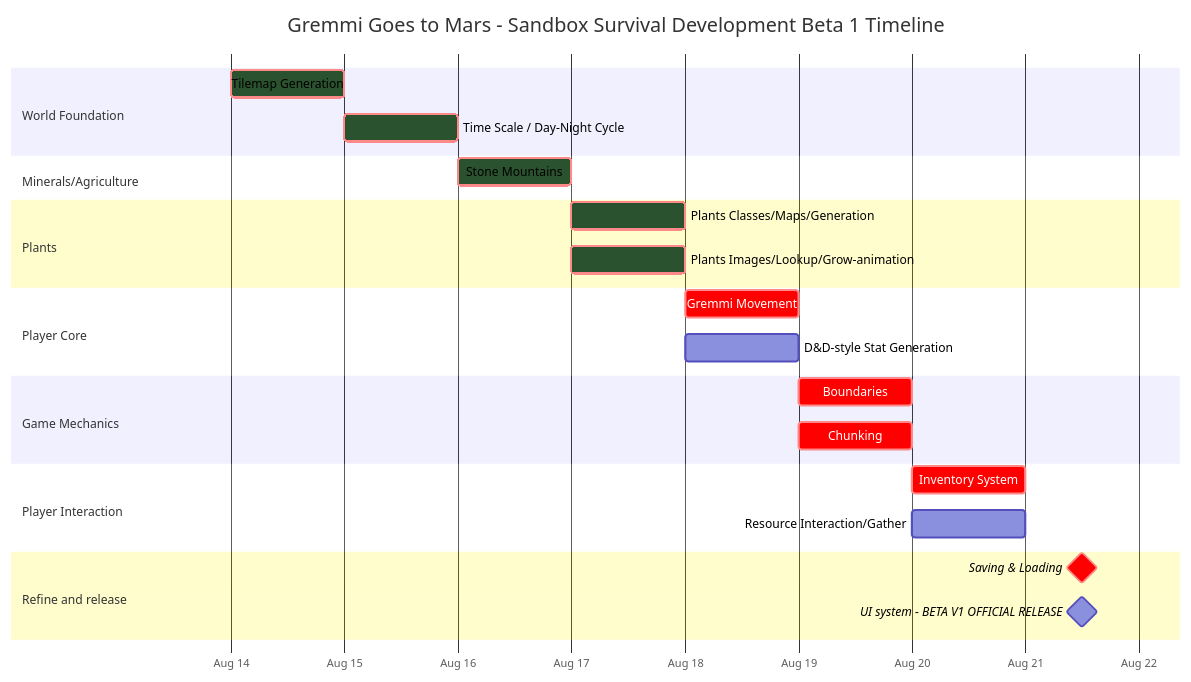
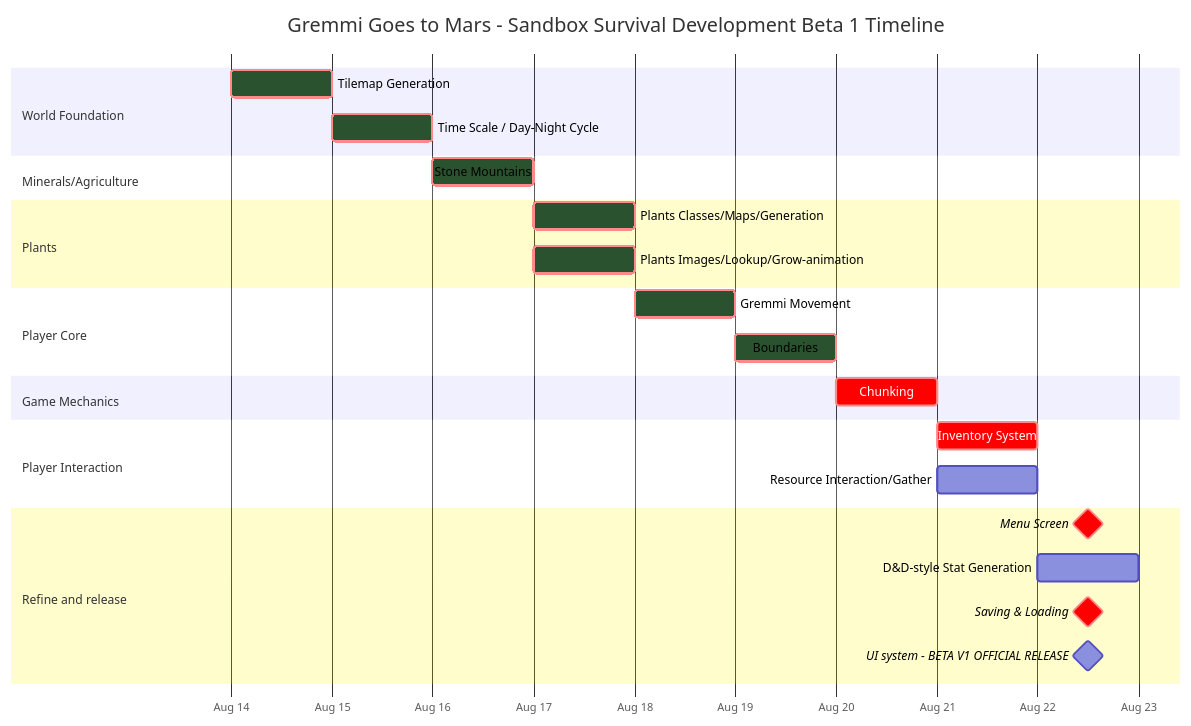
One commit to Jacobchestnut16/GremmiGoesToMars changed the second of 3 diagrams in dist/README.md. Above: the diagram before and after it, drawn with Mermaid. The commit also changed other lines of this file, not shown here.

Commit message:
Minerals/Agriculture: P v1.1

````diff
--- a/dist/README.md
+++ b/dist/README.md
@@ -49,48 +51,49 @@
 ```mermaid
 %%{
     init: {
         'gantt': {
             'leftPadding': 200,
             'barHeight': 25,
             'barGap': 15,
             'topPadding': 60
         },
         'themeVariables': {
             'doneTaskBkgColor': '#2B522EFF'
         }
     }
 }%%
 gantt
     title Gremmi Goes to Mars - Sandbox Survival Development Beta 1 Timeline
     dateFormat  YYYY-MM-DD
     axisFormat  %b %d
     
     
     section World Foundation
     Tilemap Generation                          :crit, done, a1, 2025-08-14, 1d
     Time Scale / Day-Night Cycle                :crit, done, a2, after a1, 1d
     
     section Minerals/Agriculture
     Stone Mountains                             :crit, done, a4, after a2, 1d
     
     section Plants
     Plants Classes/Maps/Generation              :crit, done, a5, after a4, 0.5d
     Plants Images/Lookup/Grow-animation         :crit, done, a6, after a4, 0.5d
    
     
     section Player Core
-    Gremmi Movement                 :crit, b1, after a5, 0.5d
-    D&D-style Stat Generation       :b2, after a5, 0.5d
+    Gremmi Movement                 :crit, done, b1, after a5, 0.5d
+    Boundaries                      :crit, done,  c4, after b1, 0.5d
     
     section Game Mechanics
-    Boundaries                      :crit, c4, after b2, 0.5d
-    Chunking                        :crit, c2, after b2, 0.5d
+    Chunking                        :crit, c2, after c4, 0.5d
     
     section Player Interaction
     Inventory System                :crit, b3, after c2, 0.5d
     Resource Interaction/Gather     :b5, after c2, 0.5d
     
     section Refine and release
+    Menu Screen                              :crit, milestone, b9, after b5, 1d
+    D&D-style Stat Generation                :b2, after b5, 0.5d
     Saving & Loading                         :crit, milestone, b4, after b5, 1d
     UI system - BETA V1 OFFICIAL RELEASE     :milestone, release1, after b5, 1d
 ```
````
